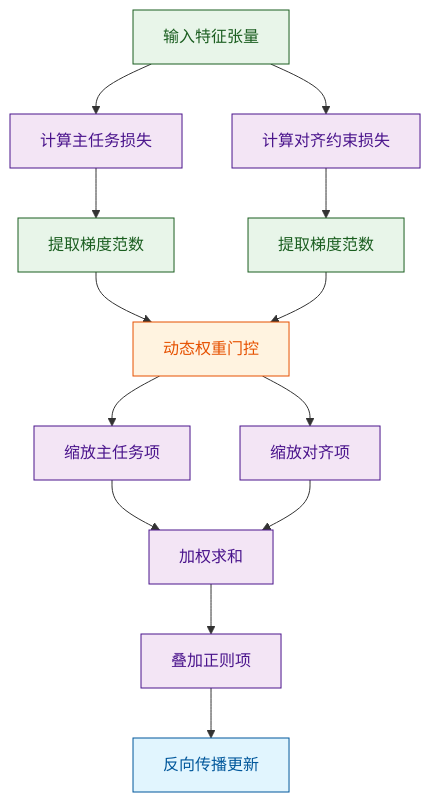
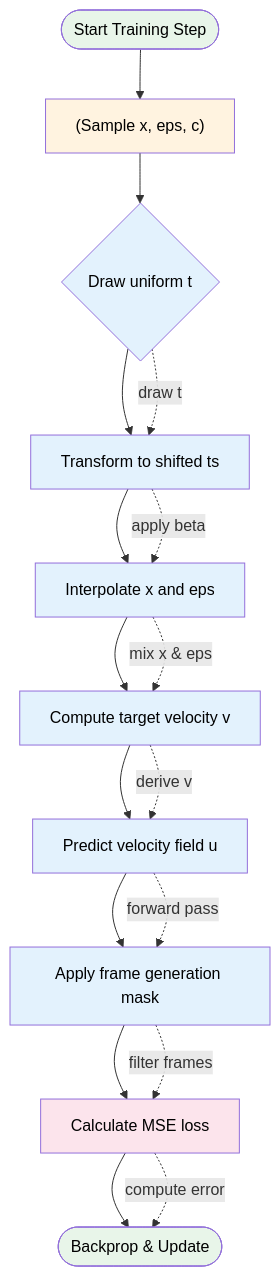
Before and after one commit to ShinewineW/paper-rolling: the fourth of 10 diagrams in person_vault/2026-06-12_WorldSimulationWithVideoFoundationModels_2511.00062/report.md, drawn with Mermaid. The commit also changed other lines of this file and 51 other files, not shown here.

````diff
--- a/person_vault/2026-06-12_WorldSimulationWithVideoFoundationModels_2511.00062/report.md
+++ b/person_vault/2026-06-12_WorldSimulationWithVideoFoundationModels_2511.00062/report.md
@@ -187,20 +289,25 @@
 ```mermaid
-flowchart TD
-    classDef start fill:#e1f5fe,stroke:#01579b,color:#01579b
-    classDef proc fill:#f3e5f5,stroke:#4a148c,color:#4a148c
-    classDef data fill:#e8f5e9,stroke:#1b5e20,color:#1b5e20
-    classDef gate fill:#fff3e0,stroke:#e65100,color:#e65100
-
-    input_data["输入特征张量"]:::data --> compute_task["计算主任务损失"]:::proc
-    input_data --> compute_align["计算对齐约束损失"]:::proc
-    compute_task --> grad_norm_task["提取梯度范数"]:::data
-    compute_align --> grad_norm_align["提取梯度范数"]:::data
-    grad_norm_task --> weight_gate["动态权重门控"]:::gate
-    grad_norm_align --> weight_gate
-    weight_gate --> scale_alpha["缩放主任务项"]:::proc
-    weight_gate --> scale_beta["缩放对齐项"]:::proc
-    scale_alpha --> sum_losses["加权求和"]:::proc
-    scale_beta --> sum_losses
-    sum_losses --> add_reg["叠加正则项"]:::proc
-    add_reg --> backprop["反向传播更新"]:::start
+flowchart TB
+    classDef start fill:#e8f5e9,color:#000;
+    classDef data fill:#fff3e0,color:#000;
+    classDef proc fill:#e3f2fd,color:#000;
+    classDef loss fill:#fce4ec,color:#000;
+    
+    A(["Start Training Step"]):::start --> B["(Sample x, eps, c)"]:::data
+    B --> C{Draw uniform t}:::proc
+    C --> D["Transform to shifted ts"]:::proc
+    D --> E["Interpolate x and eps"]:::proc
+    E --> F["Compute target velocity v"]:::proc
+    F --> G["Predict velocity field u"]:::proc
+    G --> H["Apply frame generation mask"]:::proc
+    H --> I["Calculate MSE loss"]:::loss
+    I --> J(["Backprop & Update"]):::start
+    
+    C -.->|draw t| D
+    D -.->|apply beta| E
+    E -.->|mix x & eps| F
+    F -.->|derive v| G
+    G -.->|forward pass| H
+    H -.->|filter frames| I
+    I -.->|compute error| J
 ```
````
